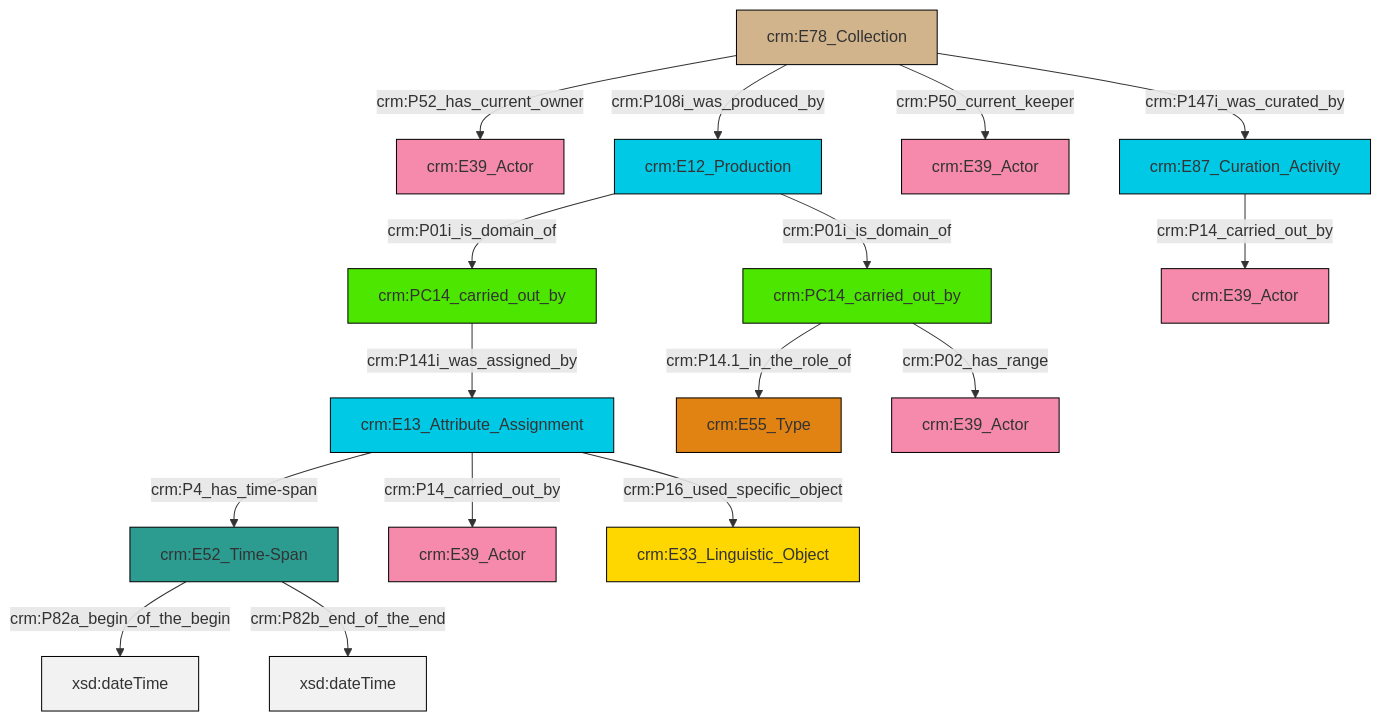
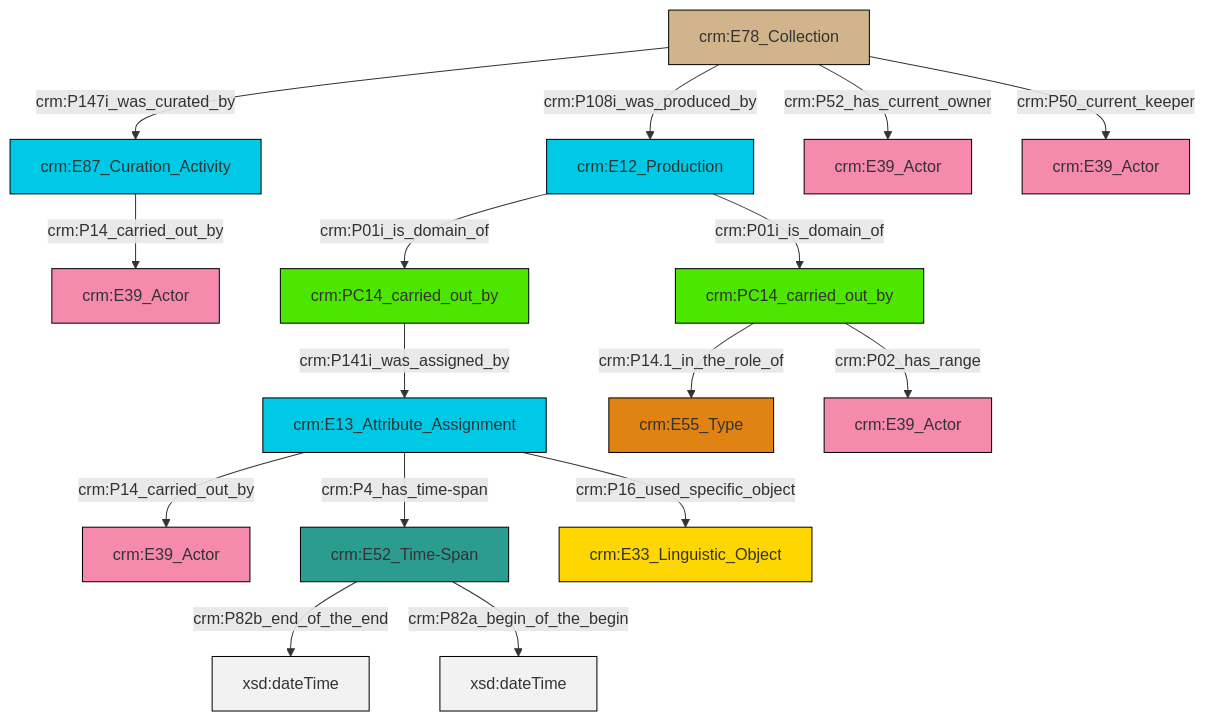
The diagram in et/archivalCSV/ttl/mmd/archival_relation.ttl.mmd (swiss-art-research-net/docs.swissartresearch), drawn with Mermaid before and after one commit. The commit also changed 179 other files, not shown here.

```diff
--- a/et/archivalCSV/ttl/mmd/archival_relation.ttl.mmd
+++ b/et/archivalCSV/ttl/mmd/archival_relation.ttl.mmd
@@ -1,30 +1,30 @@
 graph TD
 classDef Literal fill:#f2f2f2,stroke:#000000;
 classDef CRM_Entity fill:#FFFFFF,stroke:#000000;
 classDef Temporal_Entity fill:#00C9E6, stroke:#000000;
 classDef Type fill:#E18312, stroke:#000000;
 classDef Time-Span fill:#2C9C91, stroke:#000000;
 classDef Appellation fill:#FFEB7F, stroke:#000000;
 classDef Place fill:#008836, stroke:#000000;
 classDef Persistent_Item fill:#B266B2, stroke:#000000;
 classDef Conceptual_Object fill:#FFD700, stroke:#000000;
 classDef Physical_Thing fill:#D2B48C, stroke:#000000;
 classDef Actor fill:#f58aad, stroke:#000000;
 classDef PC_Classes fill:#4ce600, stroke:#000000;
 classDef Multi fill:#cccccc,stroke:#000000;
 
-0["crm:PC14_carried_out_by"]:::PC_Classes -->|crm:P14.1_in_the_role_of| 1["crm:E55_Type"]:::Type
-9["crm:E78_Collection"]:::Physical_Thing -->|crm:P52_has_current_owner| 10["crm:E39_Actor"]:::Actor
-9["crm:E78_Collection"]:::Physical_Thing -->|crm:P108i_was_produced_by| 4["crm:E12_Production"]:::Temporal_Entity
-9["crm:E78_Collection"]:::Physical_Thing -->|crm:P50_current_keeper| 13["crm:E39_Actor"]:::Actor
-14["crm:PC14_carried_out_by"]:::PC_Classes -->|crm:P141i_was_assigned_by| 11["crm:E13_Attribute_Assignment"]:::Temporal_Entity
-15["crm:E52_Time-Span"]:::Time-Span -->|crm:P82a_begin_of_the_begin| 16[xsd:dateTime]:::Literal
-4["crm:E12_Production"]:::Temporal_Entity -->|crm:P01i_is_domain_of| 14["crm:PC14_carried_out_by"]:::PC_Classes
-0["crm:PC14_carried_out_by"]:::PC_Classes -->|crm:P02_has_range| 17["crm:E39_Actor"]:::Actor
-11["crm:E13_Attribute_Assignment"]:::Temporal_Entity -->|crm:P4_has_time-span| 15["crm:E52_Time-Span"]:::Time-Span
-15["crm:E52_Time-Span"]:::Time-Span -->|crm:P82b_end_of_the_end| 20[xsd:dateTime]:::Literal
-11["crm:E13_Attribute_Assignment"]:::Temporal_Entity -->|crm:P14_carried_out_by| 24["crm:E39_Actor"]:::Actor
-4["crm:E12_Production"]:::Temporal_Entity -->|crm:P01i_is_domain_of| 0["crm:PC14_carried_out_by"]:::PC_Classes
-11["crm:E13_Attribute_Assignment"]:::Temporal_Entity -->|crm:P16_used_specific_object| 21["crm:E33_Linguistic_Object"]:::Conceptual_Object
-9["crm:E78_Collection"]:::Physical_Thing -->|crm:P147i_was_curated_by| 6["crm:E87_Curation_Activity"]:::Temporal_Entity
-6["crm:E87_Curation_Activity"]:::Temporal_Entity -->|crm:P14_carried_out_by| 2["crm:E39_Actor"]:::Actor
+0["crm:E87_Curation_Activity"]:::Temporal_Entity -->|crm:P14_carried_out_by| 1["crm:E39_Actor"]:::Actor
+4["crm:E52_Time-Span"]:::Time-Span -->|crm:P82b_end_of_the_end| 5[xsd:dateTime]:::Literal
+6["crm:E13_Attribute_Assignment"]:::Temporal_Entity -->|crm:P16_used_specific_object| 7["crm:E33_Linguistic_Object"]:::Conceptual_Object
+6["crm:E13_Attribute_Assignment"]:::Temporal_Entity -->|crm:P4_has_time-span| 4["crm:E52_Time-Span"]:::Time-Span
+9["crm:E78_Collection"]:::Physical_Thing -->|crm:P147i_was_curated_by| 0["crm:E87_Curation_Activity"]:::Temporal_Entity
+10["crm:E12_Production"]:::Temporal_Entity -->|crm:P01i_is_domain_of| 11["crm:PC14_carried_out_by"]:::PC_Classes
+10["crm:E12_Production"]:::Temporal_Entity -->|crm:P01i_is_domain_of| 16["crm:PC14_carried_out_by"]:::PC_Classes
+11["crm:PC14_carried_out_by"]:::PC_Classes -->|crm:P141i_was_assigned_by| 6["crm:E13_Attribute_Assignment"]:::Temporal_Entity
+4["crm:E52_Time-Span"]:::Time-Span -->|crm:P82a_begin_of_the_begin| 19[xsd:dateTime]:::Literal
+9["crm:E78_Collection"]:::Physical_Thing -->|crm:P108i_was_produced_by| 10["crm:E12_Production"]:::Temporal_Entity
+9["crm:E78_Collection"]:::Physical_Thing -->|crm:P52_has_current_owner| 12["crm:E39_Actor"]:::Actor
+6["crm:E13_Attribute_Assignment"]:::Temporal_Entity -->|crm:P14_carried_out_by| 2["crm:E39_Actor"]:::Actor
+16["crm:PC14_carried_out_by"]:::PC_Classes -->|crm:P14.1_in_the_role_of| 14["crm:E55_Type"]:::Type
+16["crm:PC14_carried_out_by"]:::PC_Classes -->|crm:P02_has_range| 22["crm:E39_Actor"]:::Actor
+9["crm:E78_Collection"]:::Physical_Thing -->|crm:P50_current_keeper| 20["crm:E39_Actor"]:::Actor
```
